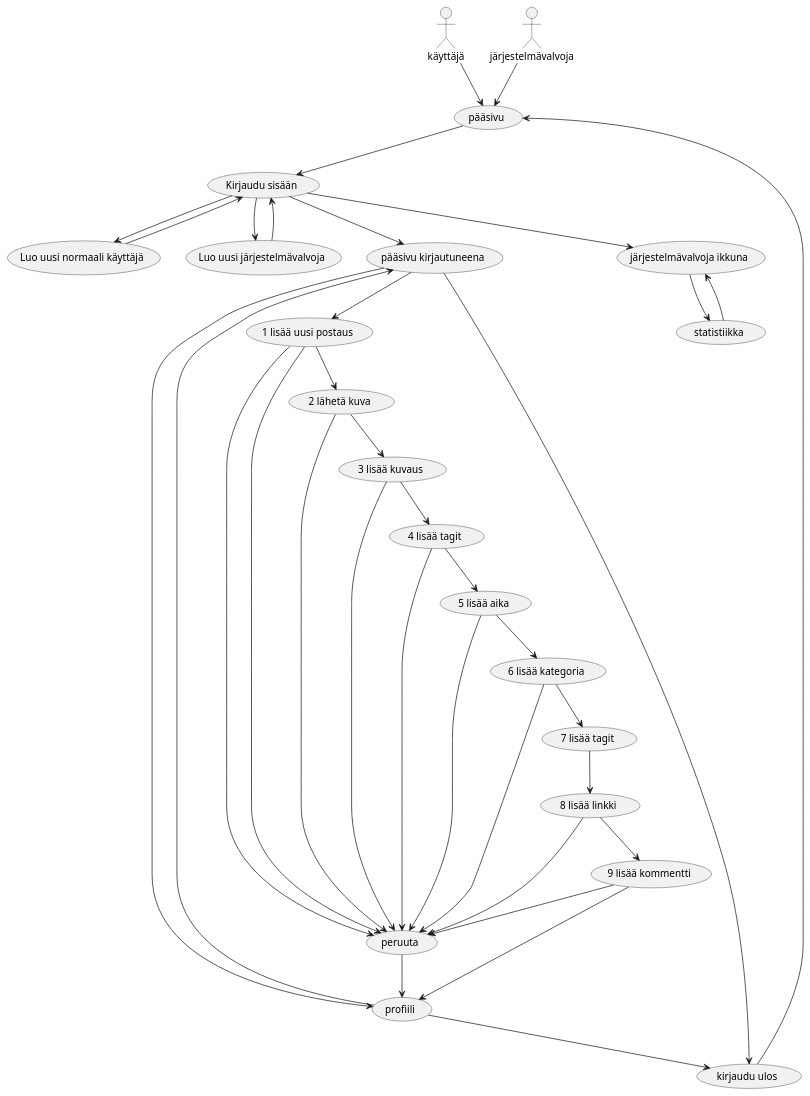
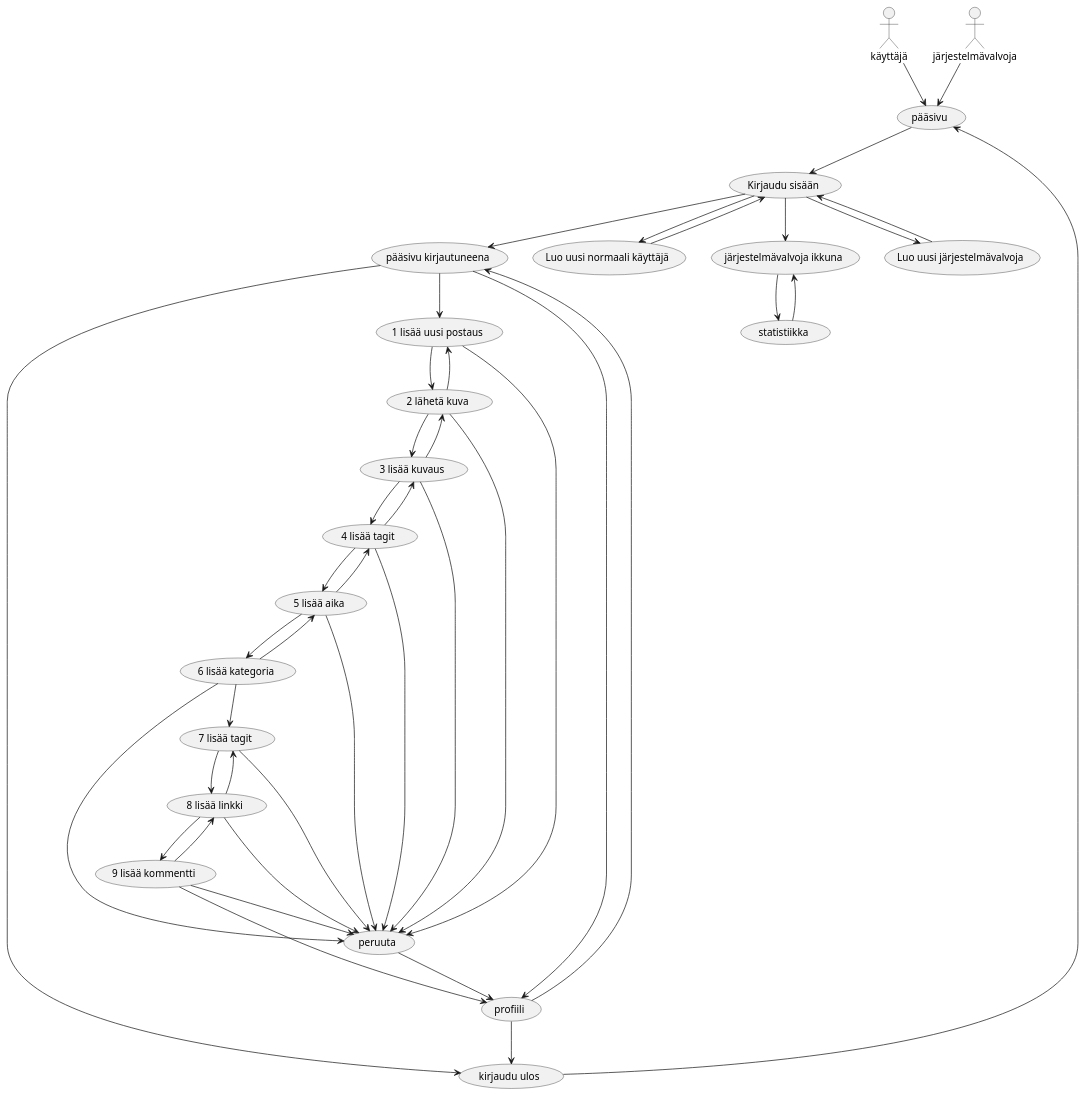
The diagram in uml/uiKulku.wsd (Krugou/medialiapp), drawn with PlantUML before and after one commit.

```diff
--- a/uml/uiKulku.wsd
+++ b/uml/uiKulku.wsd
@@ -1,44 +1,52 @@
 @startuml uikulku
 käyttäjä--> (pääsivu)
 järjestelmävalvoja --> (pääsivu)
     (pääsivu) --> (Kirjaudu sisään)
     (Kirjaudu sisään)--> (Luo uusi normaali käyttäjä)
     (Luo uusi normaali käyttäjä)--> (Kirjaudu sisään)
     (Kirjaudu sisään)--> (Luo uusi järjestelmävalvoja)
     (Luo uusi järjestelmävalvoja)--> (Kirjaudu sisään)
     (Kirjaudu sisään)--> (pääsivu kirjautuneena)
     (pääsivu kirjautuneena)-->(profiili)
     (profiili)--> (pääsivu kirjautuneena)
     (pääsivu kirjautuneena)--> (1 lisää uusi postaus)
-    (1 lisää uusi postaus)--> (peruuta)
+    
     (kirjaudu ulos)-->(pääsivu)
     (pääsivu kirjautuneena)--> (kirjaudu ulos)
     (profiili)--> (kirjaudu ulos)
     (1 lisää uusi postaus)-->(2 lähetä kuva)
     (1 lisää uusi postaus)-->(peruuta)
+    (2 lähetä kuva)-->(1 lisää uusi postaus)
     (2 lähetä kuva)--> (peruuta)
     (2 lähetä kuva)-->(3 lisää kuvaus)
     (3 lisää kuvaus)--> (peruuta)
+    (3 lisää kuvaus)-->(2 lähetä kuva)
     (3 lisää kuvaus)--> (4 lisää tagit)
     (4 lisää tagit)--> (peruuta)
     (4 lisää tagit)--> (5 lisää aika)
+    (4 lisää tagit)--> (3 lisää kuvaus)
     (5 lisää aika)--> (peruuta)
     (5 lisää aika)--> (6 lisää kategoria)
+    (5 lisää aika)--> (4 lisää tagit)
     (6 lisää kategoria)--> (7 lisää tagit)
+    (6 lisää kategoria)-->(5 lisää aika)
     (6 lisää kategoria)--> (peruuta)
     (7 lisää tagit)--> (8 lisää linkki)
+    (7 lisää tagit)--> (peruuta)
+    (8 lisää linkki)-->(7 lisää tagit)
     (8 lisää linkki)-->(peruuta)
     (8 lisää linkki)--> (9 lisää kommentti)
+    (9 lisää kommentti)-->(8 lisää linkki)
     (9 lisää kommentti)-->(peruuta)
     (9 lisää kommentti)--> (profiili)
     (peruuta)--> (profiili)
     
     
     
     
     
     
     (Kirjaudu sisään)-->(järjestelmävalvoja ikkuna)
     (järjestelmävalvoja ikkuna)--> (statistiikka)
     (statistiikka)--> (järjestelmävalvoja ikkuna)
   @enduml
```
